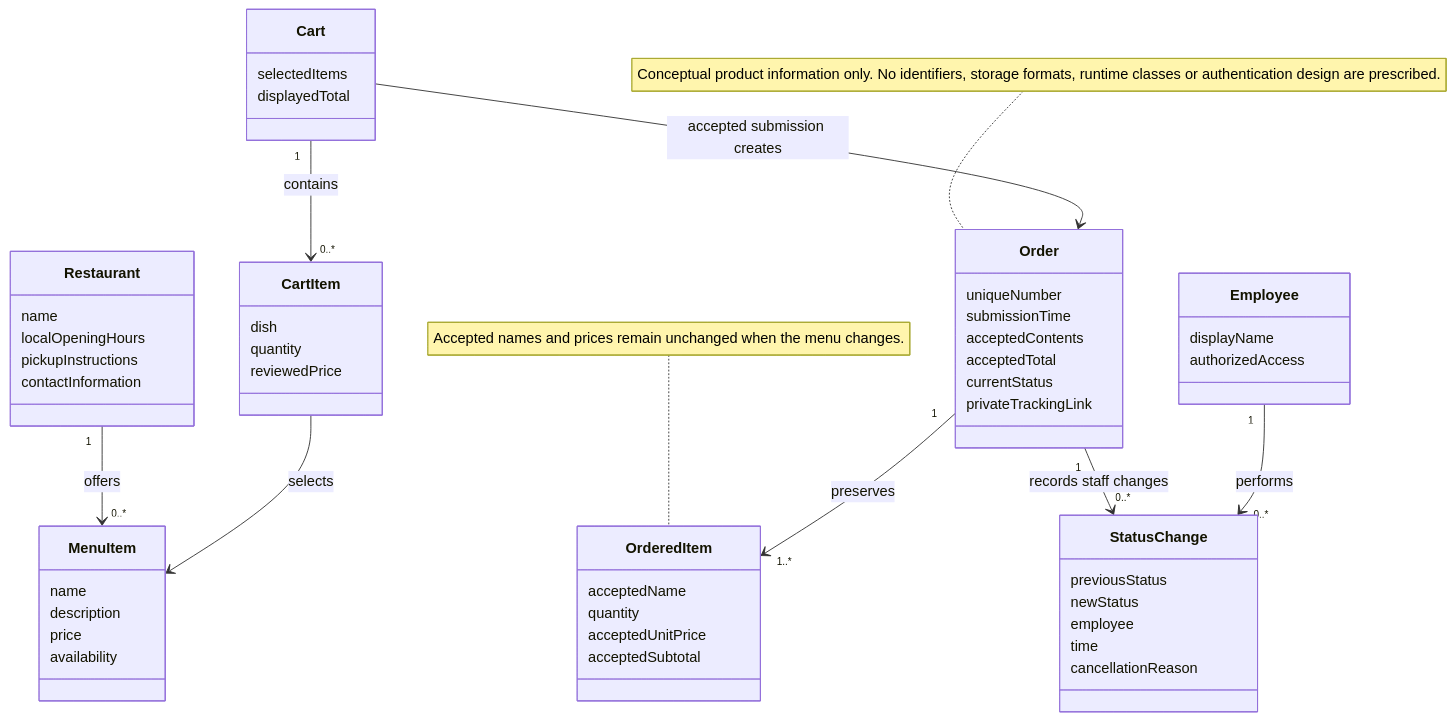
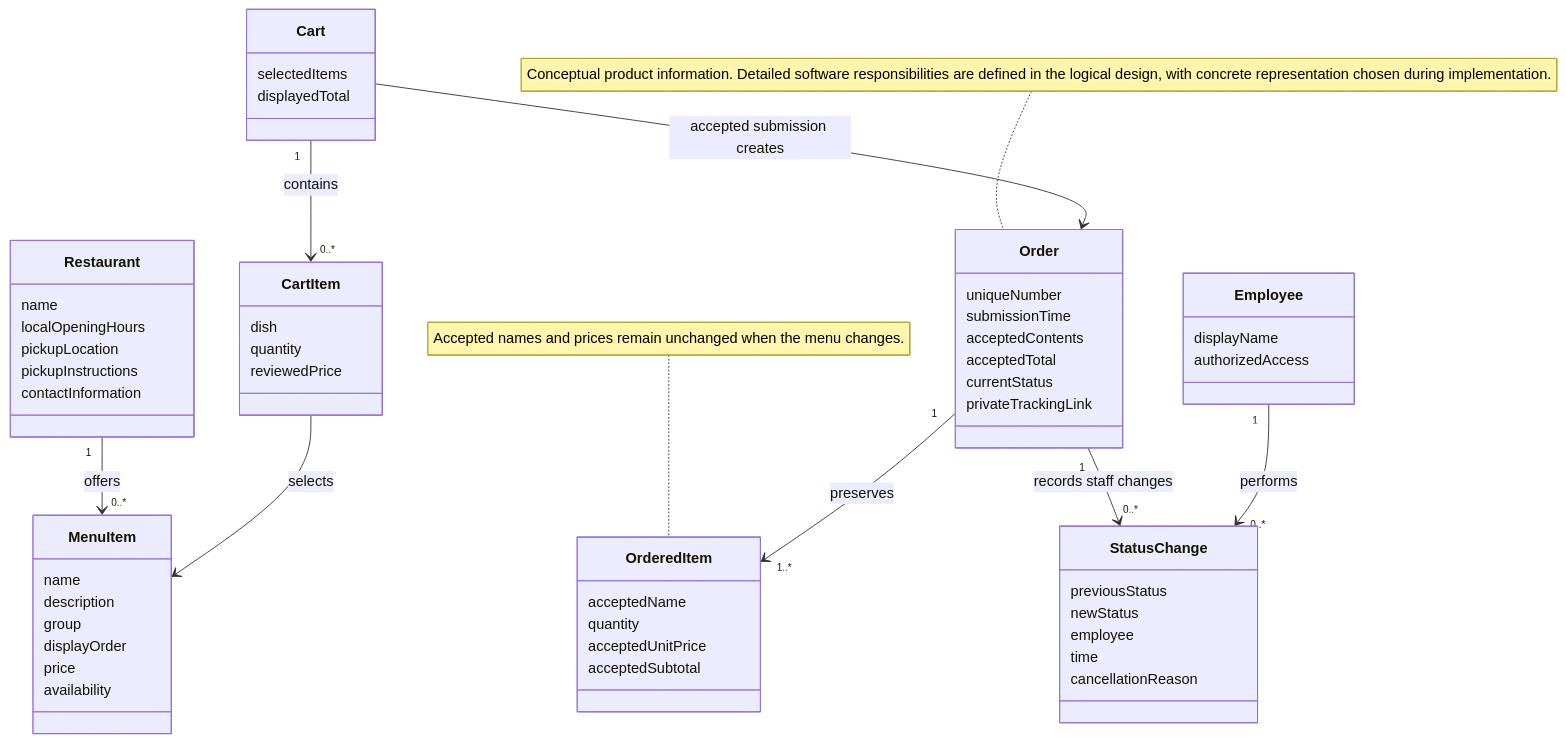
Before and after one commit to axantillon/mesa-tica: the diagram in design/diagrams/02-product-concepts.mmd, drawn with Mermaid. The commit also changed 16 other files, not shown here.

Commit message:
Define framework-agnostic architecture and detailed interaction design

```diff
--- a/design/diagrams/02-product-concepts.mmd
+++ b/design/diagrams/02-product-concepts.mmd
@@ -1,56 +1,59 @@
 classDiagram
     class Restaurant {
         name
         localOpeningHours
+        pickupLocation
         pickupInstructions
         contactInformation
     }
     class MenuItem {
         name
         description
+        group
+        displayOrder
         price
         availability
     }
     class Cart {
         selectedItems
         displayedTotal
     }
     class CartItem {
         dish
         quantity
         reviewedPrice
     }
     class Order {
         uniqueNumber
         submissionTime
         acceptedContents
         acceptedTotal
         currentStatus
         privateTrackingLink
     }
     class OrderedItem {
         acceptedName
         quantity
         acceptedUnitPrice
         acceptedSubtotal
     }
     class StatusChange {
         previousStatus
         newStatus
         employee
         time
         cancellationReason
     }
     class Employee {
         displayName
         authorizedAccess
     }
     Restaurant "1" --> "0..*" MenuItem : offers
     Cart "1" --> "0..*" CartItem : contains
     CartItem --> MenuItem : selects
     Cart --> Order : accepted submission creates
     Order "1" --> "1..*" OrderedItem : preserves
     Order "1" --> "0..*" StatusChange : records staff changes
     Employee "1" --> "0..*" StatusChange : performs
-    note for Order "Conceptual product information only. No identifiers, storage formats, runtime classes or authentication design are prescribed."
+    note for Order "Conceptual product information. Detailed software responsibilities are defined in the logical design, with concrete representation chosen during implementation."
     note for OrderedItem "Accepted names and prices remain unchanged when the menu changes."
```
